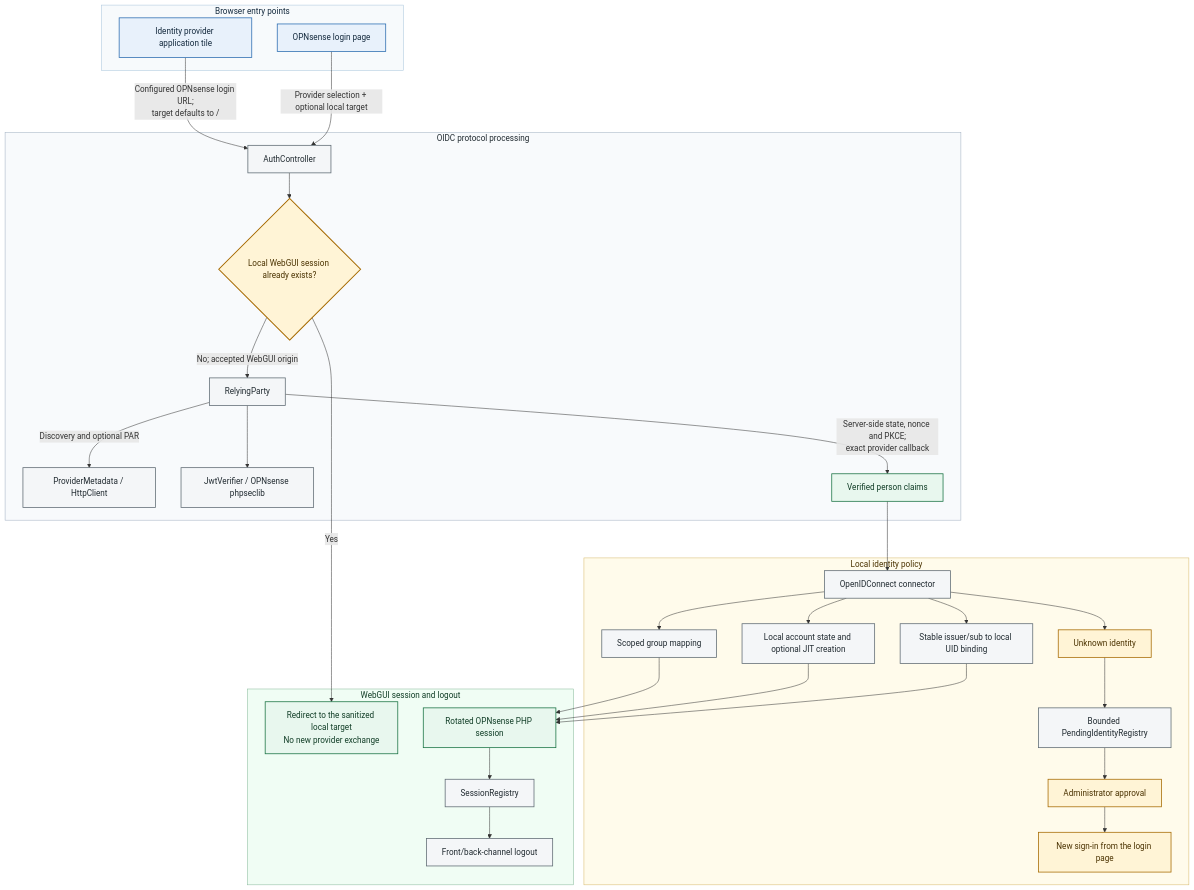
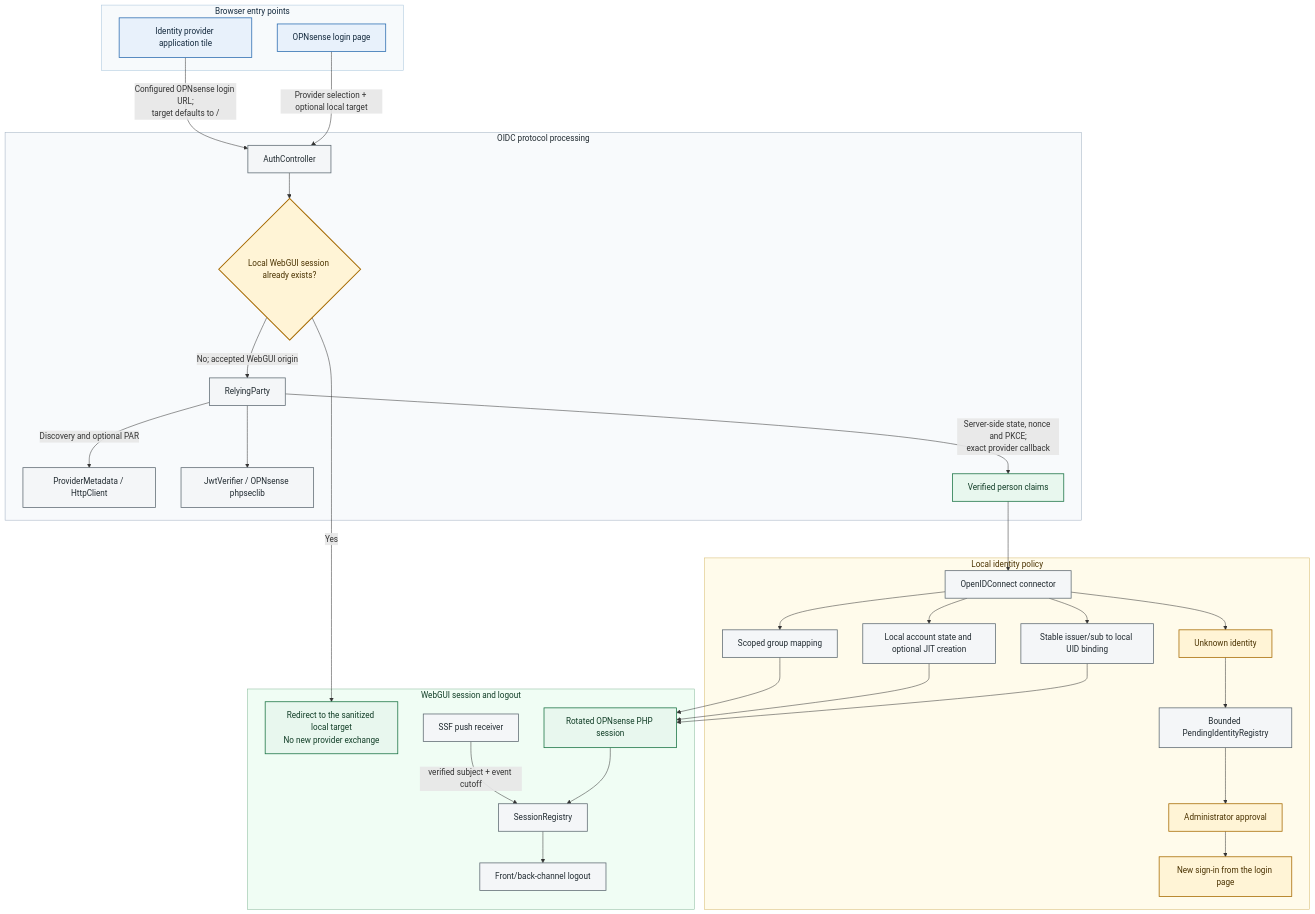
One commit to jpawlowski/opnsense-openid-connect changed the first of 2 diagrams in docs/reference/architecture.md. Above: the diagram before and after it, drawn with Mermaid. The commit also changed other lines of this file and 29 other files, not shown here.

First line of the commit message:
feat(auth): receive shared signals security events (#27)

````diff
--- a/docs/reference/architecture.md
+++ b/docs/reference/architecture.md
@@ -12,75 +12,77 @@
 ```mermaid
 flowchart TD
     accTitle: OpenID Connect architecture and data flow
     accDescr: Browser entry points converge on one protected OIDC transaction, followed by local identity policy, session creation and logout handling.
 
     subgraph BrowserEntry["Browser entry points"]
         LoginPage["OPNsense login page"]
         IdpTile["Identity provider application tile"]
     end
 
     subgraph Protocol["OIDC protocol processing"]
         AuthController["AuthController"]
         ExistingSession{"Local WebGUI session already exists?"}
         RelyingParty["RelyingParty"]
         ProviderServices["ProviderMetadata / HttpClient"]
         TokenVerification["JwtVerifier / OPNsense phpseclib"]
         VerifiedClaims["Verified person claims"]
     end
 
     subgraph IdentityPolicy["Local identity policy"]
         Connector["OpenIDConnect connector"]
         UidBinding["Stable issuer/sub to local UID binding"]
         PendingIdentity["Unknown identity"]
         PendingRegistry["Bounded PendingIdentityRegistry"]
         AdminApproval["Administrator approval"]
         NewSignIn["New sign-in from the login page"]
         AccountPolicy["Local account state and optional JIT creation"]
         GroupMapping["Scoped group mapping"]
     end
 
     subgraph SessionLifecycle["WebGUI session and logout"]
         LocalRedirect["Redirect to the sanitized local target<br/>No new provider exchange"]
         PhpSession["Rotated OPNsense PHP session"]
         SessionRegistry["SessionRegistry"]
         Logout["Front/back-channel logout"]
+        SharedSignals["SSF push receiver"]
     end
 
     LoginPage -->|"Provider selection + optional local target"| AuthController
     IdpTile -->|"Configured OPNsense login URL;<br/>target defaults to /"| AuthController
     AuthController --> ExistingSession
     ExistingSession -->|"Yes"| LocalRedirect
     ExistingSession -->|"No; accepted WebGUI origin"| RelyingParty
     RelyingParty -->|"Discovery and optional PAR"| ProviderServices
     RelyingParty --> TokenVerification
     RelyingParty -->|"Server-side state, nonce and PKCE;<br/>exact provider callback"| VerifiedClaims
     VerifiedClaims --> Connector
     Connector --> UidBinding
     Connector --> PendingIdentity --> PendingRegistry --> AdminApproval
     Connector --> AccountPolicy
     Connector --> GroupMapping
     UidBinding --> PhpSession
     AccountPolicy --> PhpSession
     GroupMapping --> PhpSession
     AdminApproval --> NewSignIn
     PhpSession --> SessionRegistry --> Logout
+    SharedSignals -->|"verified subject + event cutoff"| SessionRegistry
 
     classDef entry fill:#E8F1FB,stroke:#2B6CB0,color:#13293D,stroke-width:1.5px;
     classDef process fill:#F4F6F8,stroke:#5F6B73,color:#202A30,stroke-width:1.5px;
     classDef decision fill:#FFF4D6,stroke:#A66A00,color:#4A3200,stroke-width:2px;
     classDef success fill:#E8F7EE,stroke:#197343,color:#103D26,stroke-width:1.5px;
     classDef warning fill:#FFF4D6,stroke:#A66A00,color:#4A3200,stroke-width:1.5px;
 
     class LoginPage,IdpTile entry;
     class AuthController,RelyingParty,ProviderServices,TokenVerification process;
     class Connector,UidBinding,PendingRegistry,AccountPolicy,GroupMapping process;
-    class SessionRegistry,Logout process;
+    class SessionRegistry,Logout,SharedSignals process;
     class ExistingSession decision;
     class VerifiedClaims,LocalRedirect,PhpSession success;
     class PendingIdentity,AdminApproval,NewSignIn warning;
 
     style BrowserEntry fill:#F7FAFC,stroke:#A8C4DC,color:#13293D;
     style Protocol fill:#F8FAFC,stroke:#A0AEC0,color:#202A30;
     style IdentityPolicy fill:#FFFBEB,stroke:#D6B968,color:#4A3200;
     style SessionLifecycle fill:#F0FDF4,stroke:#86B99A,color:#103D26;
 ```
````
